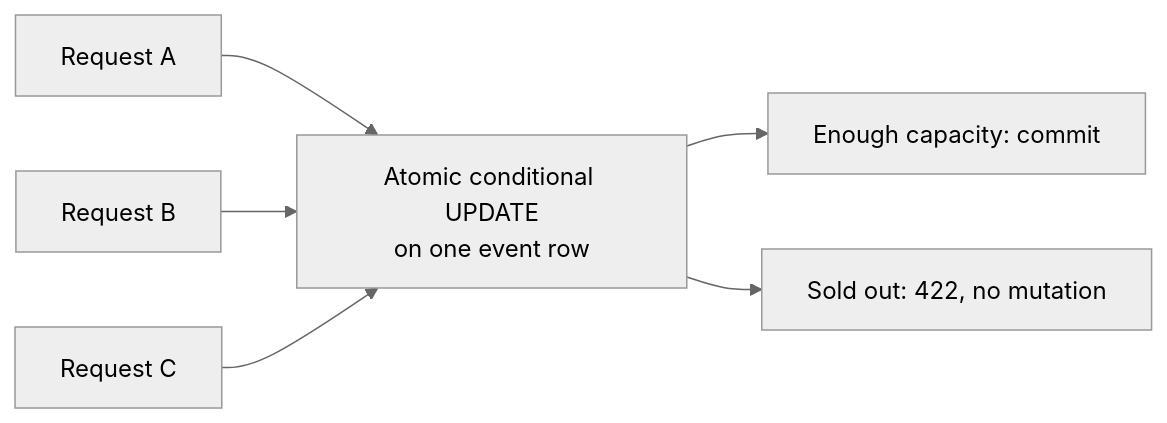
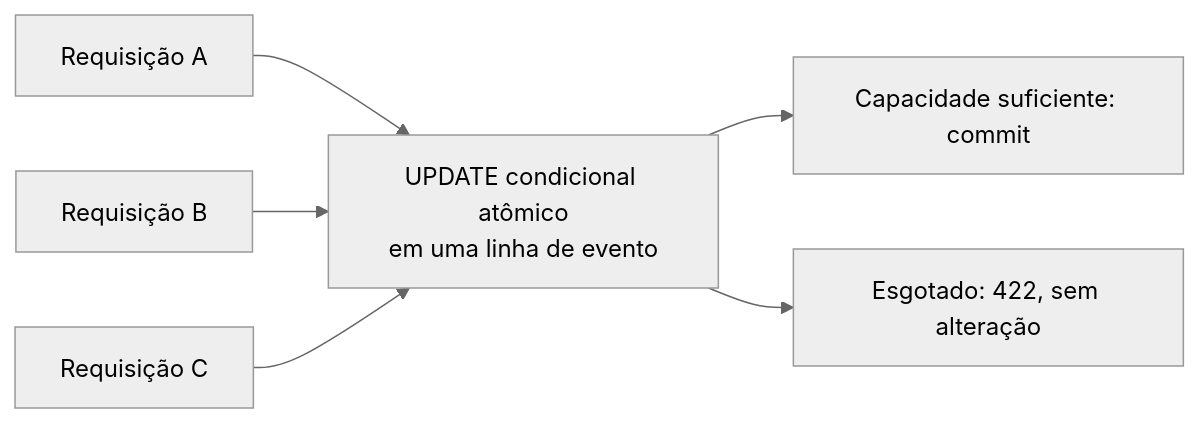
Before and after one commit to hubsouzasolucoes/flash-booking: the diagram in docs/concurrency.md, drawn with Mermaid (neutral theme). The commit also changed other lines of this file and 22 other files, not shown here.

````diff
--- a/docs/concurrency.md
+++ b/docs/concurrency.md
@@ -68,8 +68,8 @@
 ```mermaid
 flowchart LR
-  A[Request A] --> U[Atomic conditional UPDATE<br/>on one event row]
-  B[Request B] --> U
-  C[Request C] --> U
-  U --> W[Enough capacity: commit]
-  U --> L[Sold out: 422, no mutation]
+  A[Requisição A] --> U[UPDATE condicional atômico<br/>em uma linha de evento]
+  B[Requisição B] --> U
+  C[Requisição C] --> U
+  U --> W[Capacidade suficiente: commit]
+  U --> L[Esgotado: 422, sem alteração]
 ```
````
